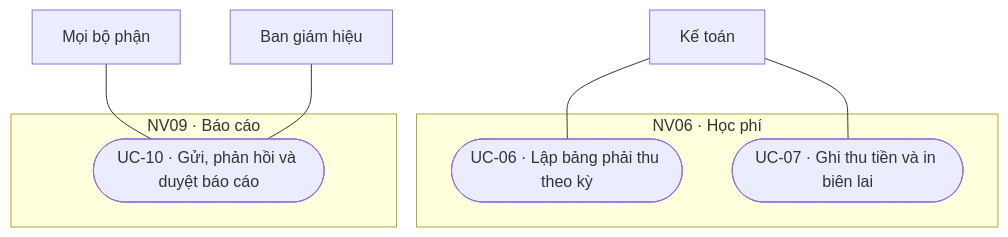
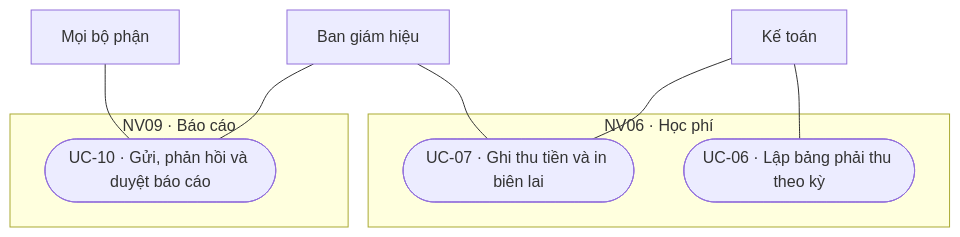
Before and after one commit to CAMEL1204/Kindergarten-Management-System: the fourth of 4 diagrams in docs/analysis/diagrams/use-case-toan-he-thong.md, drawn with Mermaid. The commit also changed other lines of this file and 5 other files, not shown here.

````diff
--- a/docs/analysis/diagrams/use-case-toan-he-thong.md
+++ b/docs/analysis/diagrams/use-case-toan-he-thong.md
@@ -109,17 +112,18 @@
 ```mermaid
 flowchart TD
     subgraph N06["NV06 · Học phí"]
         U06(["UC-06 · Lập bảng phải thu theo kỳ"])
         U07(["UC-07 · Ghi thu tiền và in biên lai"])
     end
     subgraph N09["NV09 · Báo cáo"]
         U10(["UC-10 · Gửi, phản hồi và duyệt báo cáo"])
     end
     A1["Kế toán"]
     A2["Mọi bộ phận"]
     A3["Ban giám hiệu"]
     A1 --- U06
     A1 --- U07
+    A3 --- U07
     A2 --- U10
     A3 --- U10
 ```
````
